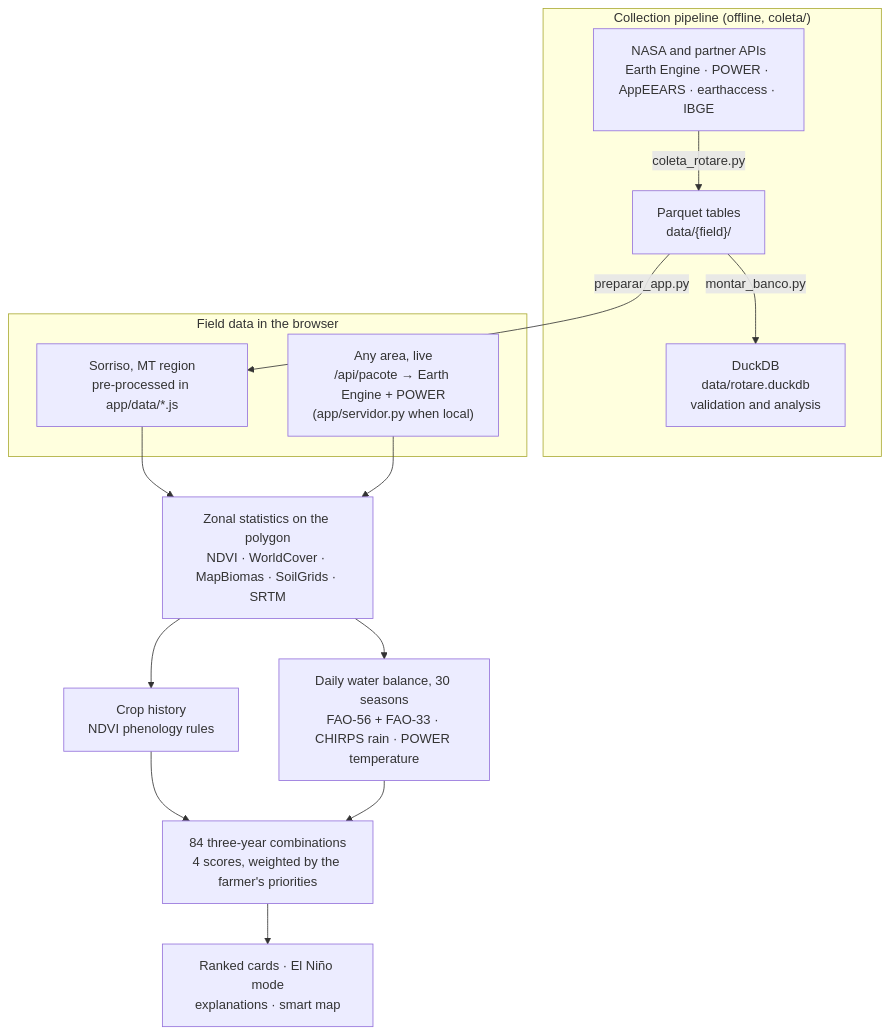
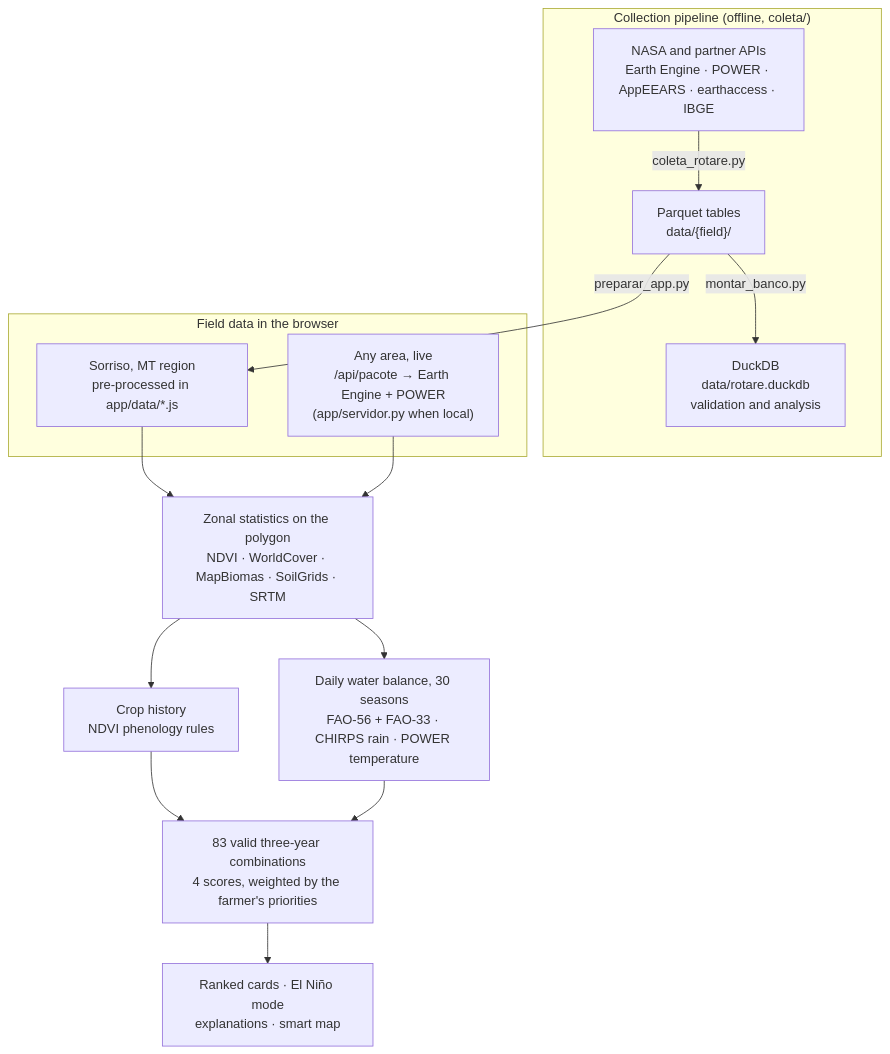
One commit to GabrielHenriqueCA/field-shift-farm-insights changed the diagram in README.md. Above: the diagram before and after it, drawn with Mermaid. The commit also changed other lines of this file and 12 other files, not shown here.

````diff
--- a/README.md
+++ b/README.md
@@ -96,24 +103,24 @@
 ```mermaid
 flowchart TD
     subgraph OFF["Collection pipeline (offline, coleta/)"]
         SRC["NASA and partner APIs<br/>Earth Engine · POWER · AppEEARS · earthaccess · IBGE"]
         PQ["Parquet tables<br/>data/{field}/"]
         DUCK["DuckDB<br/>data/rotare.duckdb<br/>validation and analysis"]
         SRC -->|coleta_rotare.py| PQ -->|montar_banco.py| DUCK
     end
     subgraph IN["Field data in the browser"]
         DEMO["Sorriso, MT region<br/>pre-processed in app/data/*.js"]
         LIVE["Any area, live<br/>/api/pacote → Earth Engine + POWER<br/>(app/servidor.py when local)"]
     end
     PQ -->|preparar_app.py| DEMO
     ZON["Zonal statistics on the polygon<br/>NDVI · WorldCover · MapBiomas · SoilGrids · SRTM"]
     HIST["Crop history<br/>NDVI phenology rules"]
     WB["Daily water balance, 30 seasons<br/>FAO-56 + FAO-33 · CHIRPS rain · POWER temperature"]
-    RANK["84 three-year combinations<br/>4 scores, weighted by the farmer's priorities"]
+    RANK["83 valid three-year combinations<br/>4 scores, weighted by the farmer's priorities"]
     OUT["Ranked cards · El Niño mode<br/>explanations · smart map"]
 
     DEMO --> ZON
     LIVE --> ZON
     ZON --> HIST --> RANK
     ZON --> WB --> RANK --> OUT
 ```
````
